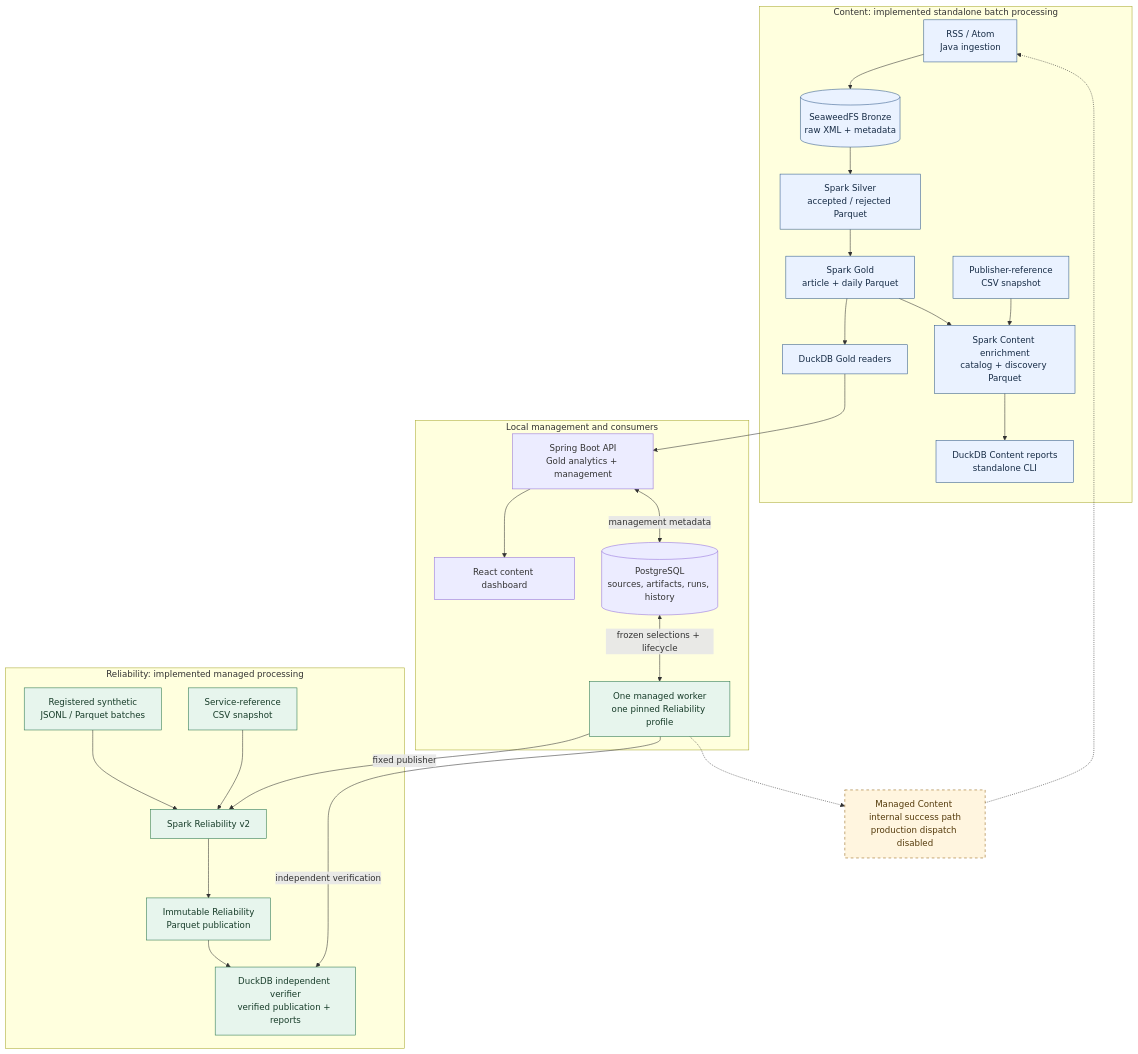
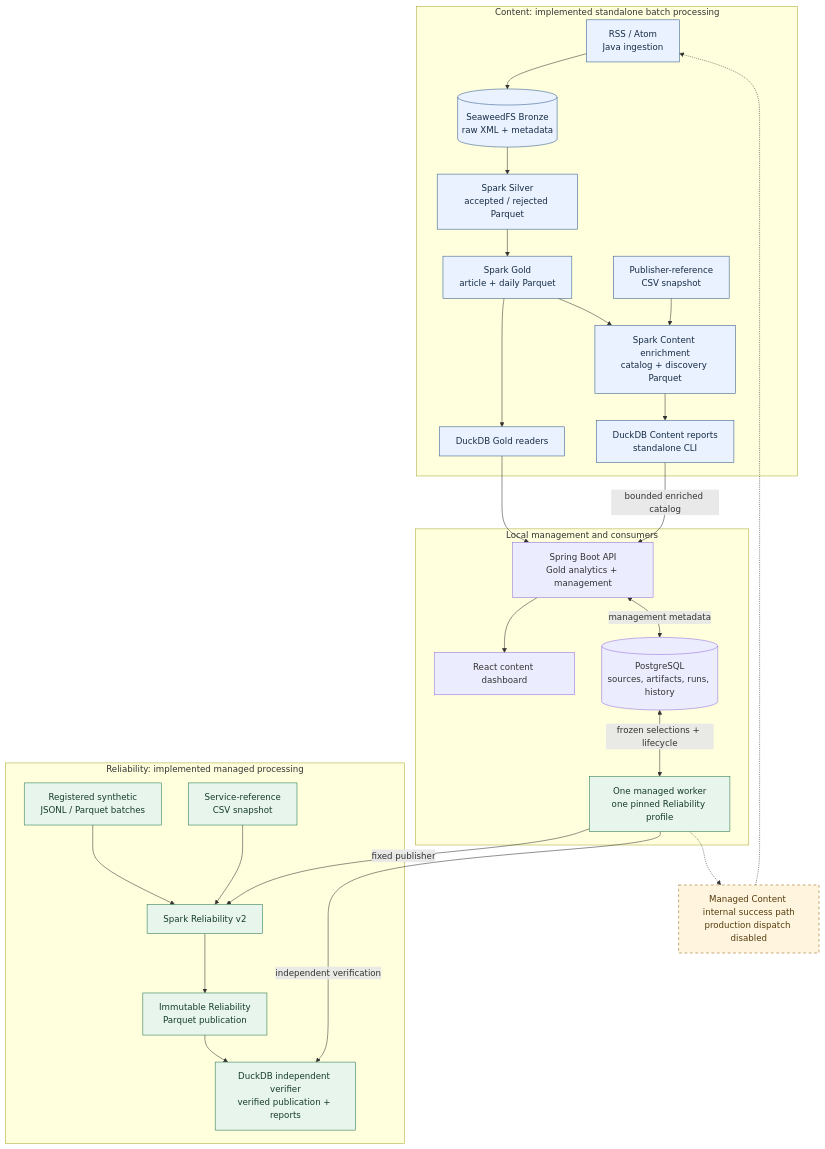
One commit to saurabh-tayade/distributed-data-intelligence-platform changed the diagram in README.md. Above: the diagram before and after it, drawn with Mermaid. The commit also changed other lines of this file and 32 other files, not shown here.

First line of the commit message:
Add verified enriched Content catalog API and workspace

````diff
--- a/README.md
+++ b/README.md
@@ -40,38 +40,39 @@
 ```mermaid
 flowchart TB
     subgraph CONTENT["Content: implemented standalone batch processing"]
         feeds["RSS / Atom<br/>Java ingestion"] --> bronze[("SeaweedFS Bronze<br/>raw XML + metadata")]
         bronze --> silver["Spark Silver<br/>accepted / rejected Parquet"]
         silver --> gold["Spark Gold<br/>article + daily Parquet"]
         gold --> goldSQL["DuckDB Gold readers"]
         gold --> enrich["Spark Content enrichment<br/>catalog + discovery Parquet"]
         publisher["Publisher-reference<br/>CSV snapshot"] --> enrich
         enrich --> contentSQL["DuckDB Content reports<br/>standalone CLI"]
     end
 
     subgraph RELIABILITY["Reliability: implemented managed processing"]
         batches["Registered synthetic<br/>JSONL / Parquet batches"] --> spark["Spark Reliability v2"]
         service["Service-reference<br/>CSV snapshot"] --> spark
         spark --> publication["Immutable Reliability<br/>Parquet publication"]
         publication --> reliabilitySQL["DuckDB independent verifier<br/>verified publication + reports"]
     end
 
     subgraph CONTROL["Local management and consumers"]
         api["Spring Boot API<br/>Gold analytics + management"] --> react["React content dashboard"]
         api <-->|"management metadata"| postgres[("PostgreSQL<br/>sources, artifacts, runs, history")]
         postgres <-->|"frozen selections + lifecycle"| worker["One managed worker<br/>one pinned Reliability profile"]
     end
 
     goldSQL --> api
+    contentSQL -->|"bounded enriched catalog"| api
     worker -->|"fixed publisher"| spark
     worker -->|"independent verification"| reliabilitySQL
     worker -.-> managedContent["Managed Content internal success path<br/>production dispatch disabled"]
     managedContent -.-> feeds
 
     classDef standalone fill:#eaf2ff,stroke:#315a8a,color:#172c46;
     classDef managed fill:#e7f5ed,stroke:#28754b,color:#173c29;
     classDef planned fill:#fff5df,stroke:#936413,color:#553b0c,stroke-dasharray:5 5;
     class feeds,bronze,silver,gold,enrich,publisher,goldSQL,contentSQL standalone;
     class batches,service,spark,publication,reliabilitySQL,worker managed;
     class managedContent planned;
 ```
````
